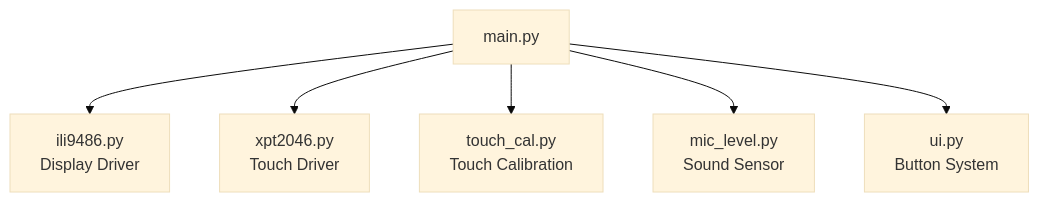
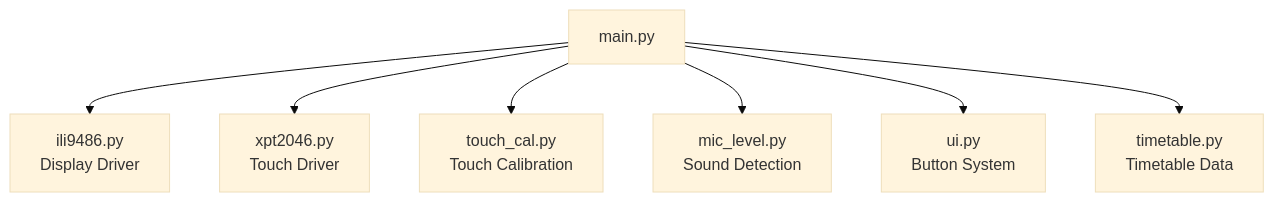
Before and after one commit to Awesometeapot1/Sunflower-Lanyard-Assistive-Device: the second of 2 diagrams in README.md, drawn with Mermaid (base theme). The commit also changed other lines of this file, not shown here.

````diff
--- a/README.md
+++ b/README.md
@@ -230,17 +209,19 @@
 ```mermaid
 graph TD
 
 MAIN[main.py]
 
 DISPLAY[ili9486.py<br>Display Driver]
 TOUCH[xpt2046.py<br>Touch Driver]
 CAL[touch_cal.py<br>Touch Calibration]
-MIC[mic_level.py<br>Sound Sensor]
+MIC[mic_level.py<br>Sound Detection]
 UI[ui.py<br>Button System]
+TT[timetable.py<br>Timetable Data]
 
 MAIN --> DISPLAY
 MAIN --> TOUCH
 MAIN --> CAL
 MAIN --> MIC
 MAIN --> UI
+MAIN --> TT
 ```
````
